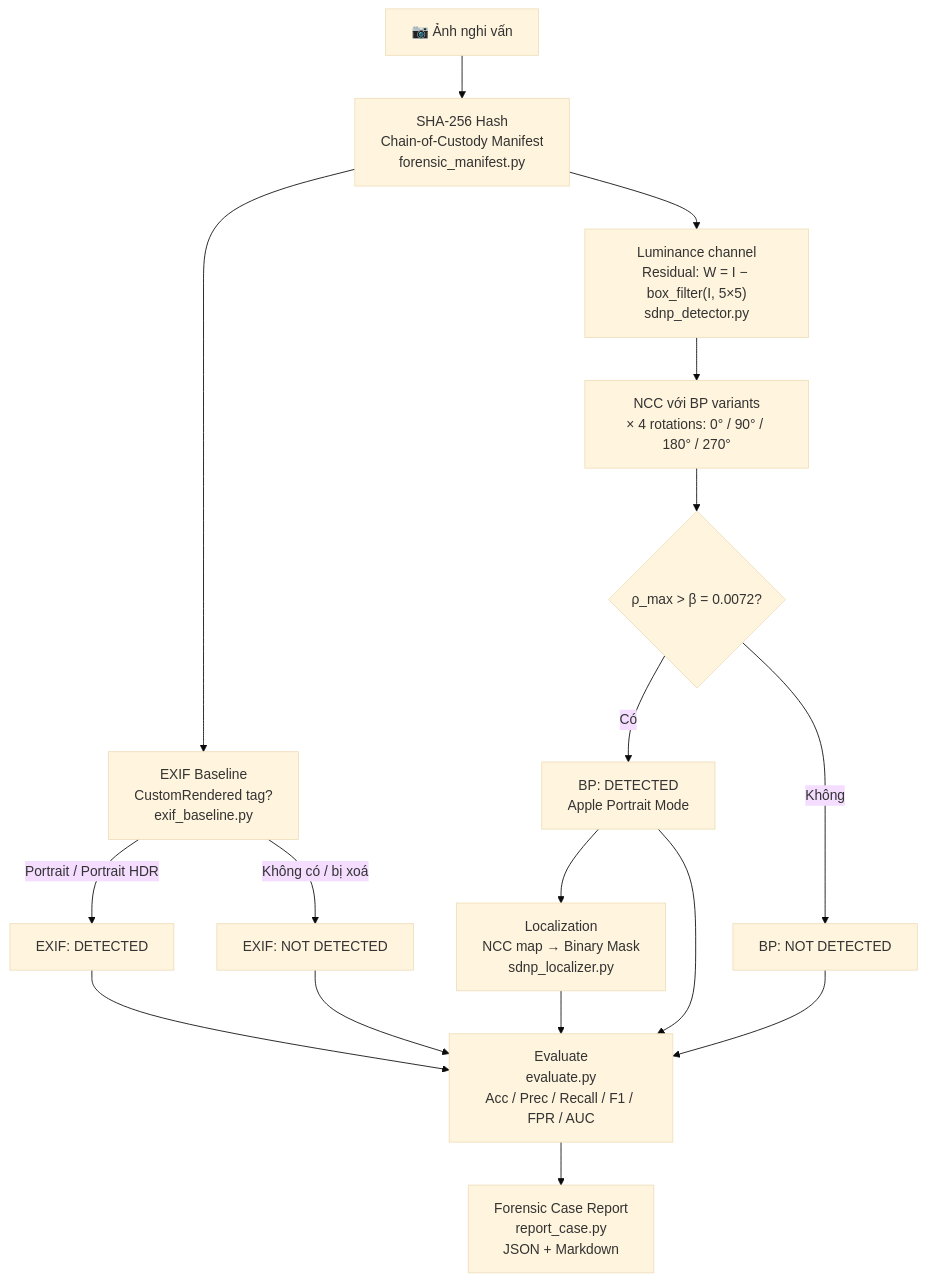
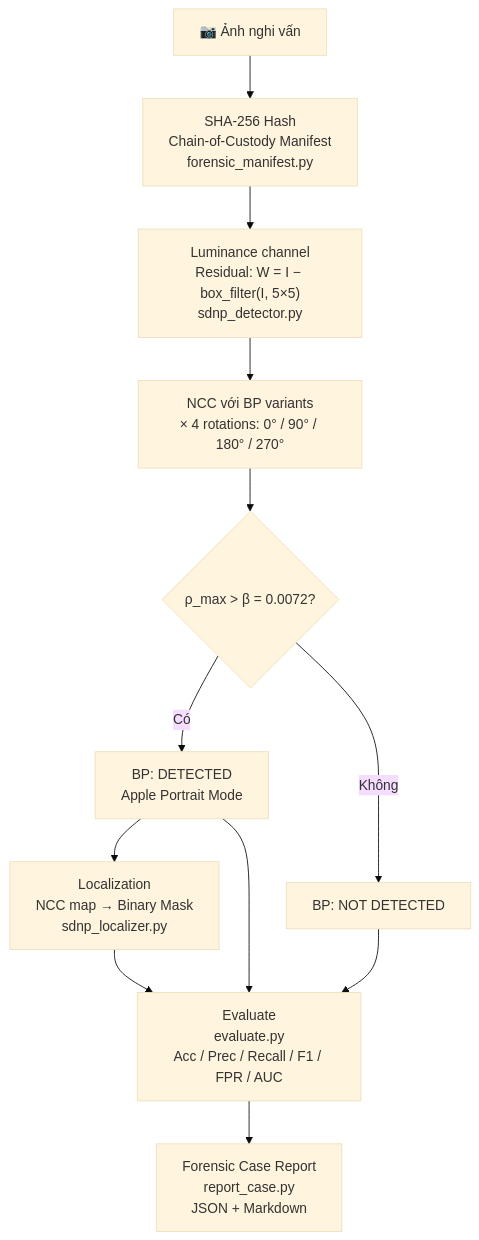
One commit to Koiiin/Apple-s-Synthetic-Defocus-Noise-Pattern-Characterization-and-Forensic-Applications changed the diagram in README.md. Above: the diagram before and after it, drawn with Mermaid (base theme). The commit also changed other lines of this file and 1 other file, not shown here.

````diff
--- a/README.md
+++ b/README.md
@@ -75,25 +80,22 @@
 ```mermaid
 flowchart TD
     A["📷 Ảnh nghi vấn"] --> B
 
-    B["SHA-256 Hash\nChain-of-Custody Manifest\nforensic_manifest.py"] --> C & D
-
-    C["EXIF Baseline\nCustomRendered tag?\nexif_baseline.py"] -->|Portrait / Portrait HDR| P1["EXIF: DETECTED"]
-    C -->|Không có / bị xoá| P2["EXIF: NOT DETECTED"]
+    B["SHA-256 Hash\nChain-of-Custody Manifest\nforensic_manifest.py"] --> D
 
     D["Luminance channel\nResidual: W = I − box_filter(I, 5×5)\nsdnp_detector.py"] --> E
 
     E["NCC với BP variants\n× 4 rotations: 0° / 90° / 180° / 270°"] --> F
 
     F{"ρ_max > β = 0.0072?"}
     F -->|Có| G["BP: DETECTED\nApple Portrait Mode"]
     F -->|Không| H["BP: NOT DETECTED"]
 
     G --> I["Localization\nNCC map → Binary Mask\nsdnp_localizer.py"]
 
-    P1 & P2 & G & H & I --> J
+    G & H & I --> J
 
     J["Evaluate\nevaluate.py\nAcc / Prec / Recall / F1 / FPR / AUC"] --> K
 
     K["Forensic Case Report\nreport_case.py\nJSON + Markdown"]
 ```
````
